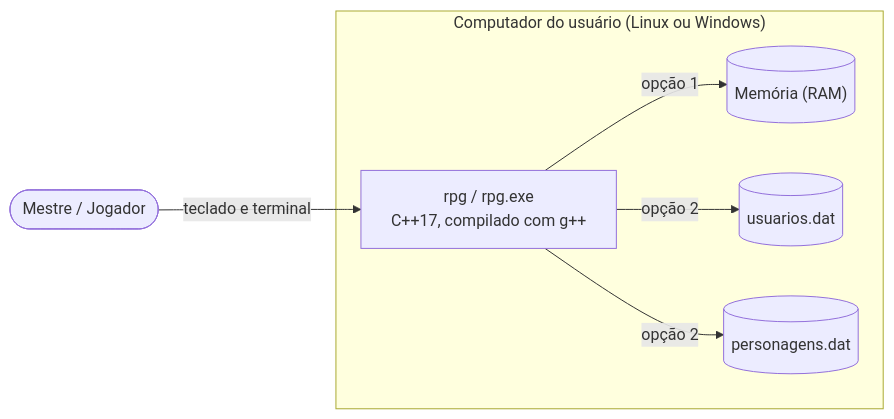
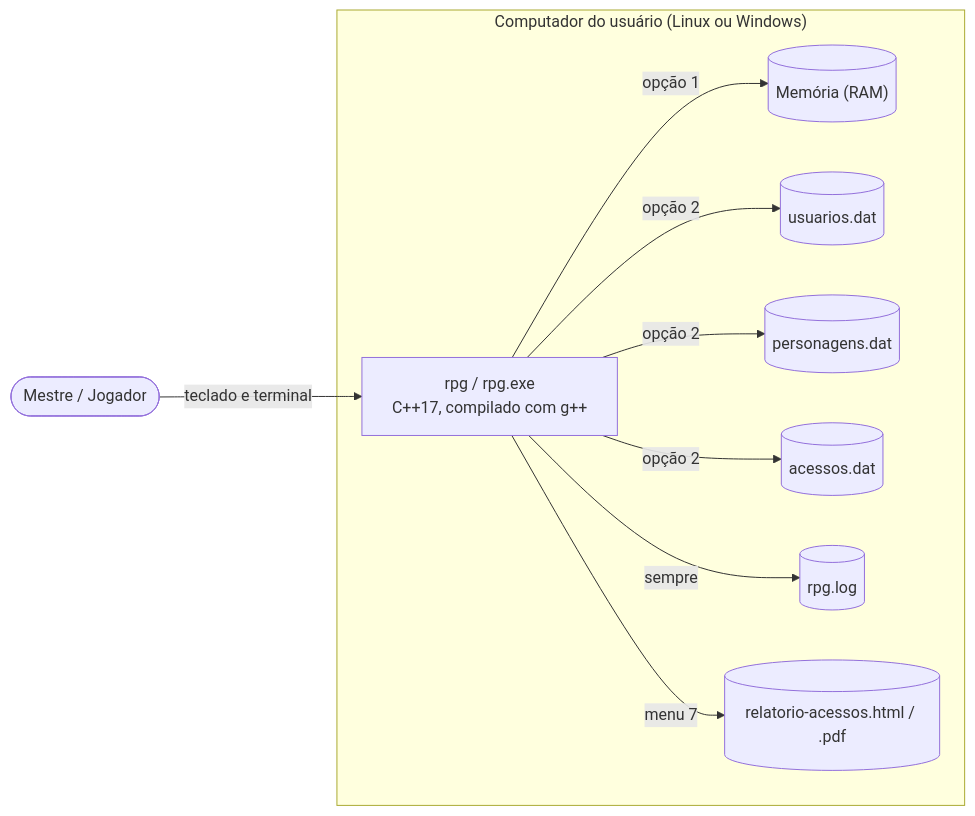
The second of 2 diagrams in docs/07-arquitetura/README.md (isac531/Gerenciador_RPG), drawn with Mermaid before and after one commit. The commit also changed other lines of this file and 21 other files, not shown here.

First line of the commit message:
docs(projeto): documentar Sprint 4 com diagrama S4.1 e tabela de padroes

````diff
--- a/docs/07-arquitetura/README.md
+++ b/docs/07-arquitetura/README.md
@@ -57,13 +67,19 @@
 ```mermaid
 flowchart LR
     pessoa(["Mestre / Jogador"]) -- teclado e terminal --> rpg
     subgraph computador["Computador do usuário (Linux ou Windows)"]
         rpg["rpg / rpg.exe<br/>C++17, compilado com g++"]
         ram[("Memória (RAM)")]
         usuarios[("usuarios.dat")]
         personagens[("personagens.dat")]
+        acessos[("acessos.dat")]
+        log[("rpg.log")]
+        relatorios[("relatorio-acessos.html / .pdf")]
     end
     rpg -- opção 1 --> ram
     rpg -- opção 2 --> usuarios
     rpg -- opção 2 --> personagens
+    rpg -- opção 2 --> acessos
+    rpg -- sempre --> log
+    rpg -- menu 7 --> relatorios
 ```
````
